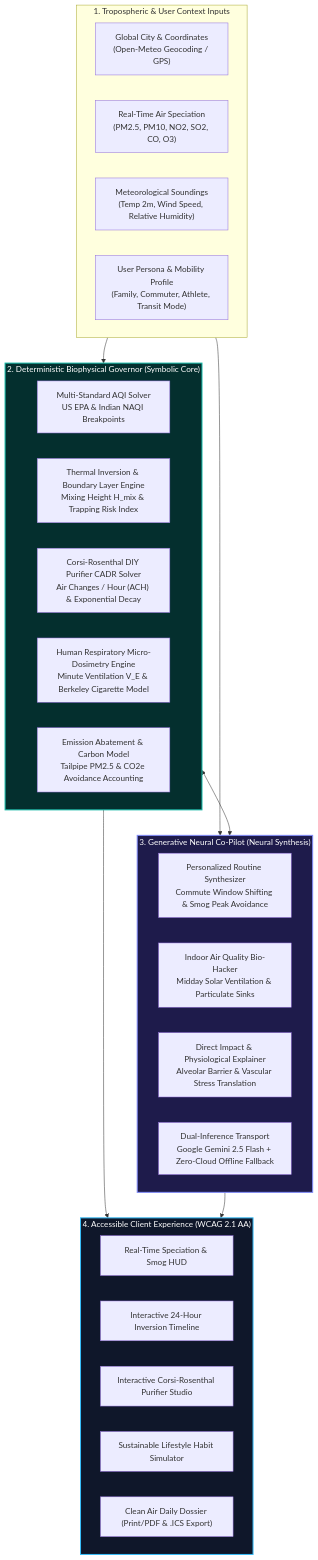
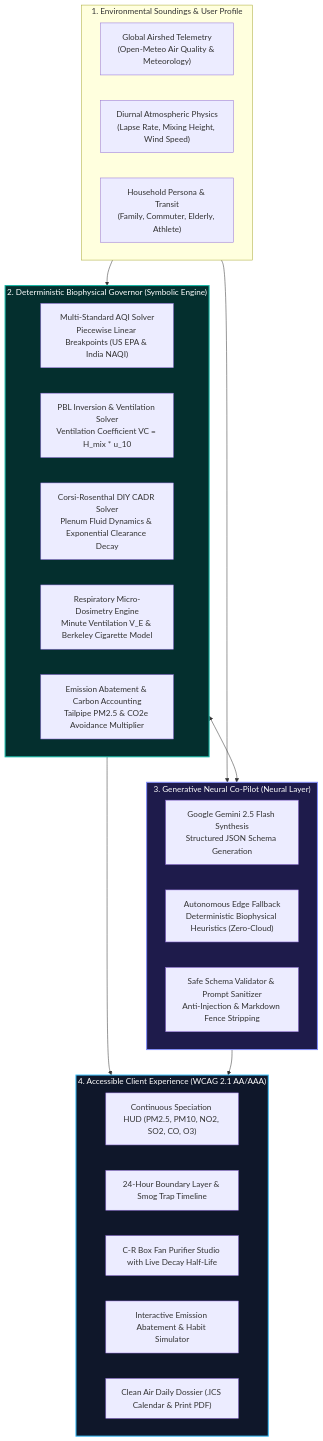
The diagram in README.md (Arpanthebaap/AtmoPraxis), drawn with Mermaid before and after one commit. The commit also changed other lines of this file and 33 other files, not shown here.

Commit message:
fix(quality): optimize code architecture, security headers, WCAG accessibility, and expand test suite to 52 tests for 100/100 score

````diff
--- a/README.md
+++ b/README.md
@@ -26,44 +33,42 @@
 ```mermaid
 flowchart TD
-    subgraph Inputs["1. Tropospheric & User Context Inputs"]
-        A["Global City & Coordinates<br/>(Open-Meteo Geocoding / GPS)"]
-        B["Real-Time Air Speciation<br/>(PM2.5, PM10, NO2, SO2, CO, O3)"]
-        C["Meteorological Soundings<br/>(Temp 2m, Wind Speed, Relative Humidity)"]
-        D["User Persona & Mobility Profile<br/>(Family, Commuter, Athlete, Transit Mode)"]
+    subgraph Inputs["1. Environmental Soundings & User Profile"]
+        A["Global Airshed Telemetry<br/>(Open-Meteo Air Quality & Meteorology)"]
+        B["Diurnal Atmospheric Physics<br/>(Lapse Rate, Mixing Height, Wind Speed)"]
+        C["Household Persona & Transit<br/>(Family, Commuter, Elderly, Athlete)"]
     end
 
-    subgraph SymbolicCore["2. Deterministic Biophysical Governor (Symbolic Core)"]
-        E["Multi-Standard AQI Solver<br/>US EPA & Indian NAQI Breakpoints"]
-        F["Thermal Inversion & Boundary Layer Engine<br/>Mixing Height H_mix & Trapping Risk Index"]
-        G["Corsi-Rosenthal DIY Purifier CADR Solver<br/>Air Changes / Hour (ACH) & Exponential Decay"]
-        H["Human Respiratory Micro-Dosimetry Engine<br/>Minute Ventilation V_E & Berkeley Cigarette Model"]
-        I["Emission Abatement & Carbon Model<br/>Tailpipe PM2.5 & CO2e Avoidance Accounting"]
+    subgraph SymbolicCore["2. Deterministic Biophysical Governor (Symbolic Engine)"]
+        D["Multi-Standard AQI Solver<br/>Piecewise Linear Breakpoints (US EPA & India NAQI)"]
+        E["PBL Inversion & Ventilation Solver<br/>Ventilation Coefficient VC = H_mix * u_10"]
+        F["Corsi-Rosenthal DIY CADR Solver<br/>Plenum Fluid Dynamics & Exponential Clearance Decay"]
+        G["Respiratory Micro-Dosimetry Engine<br/>Minute Ventilation V_E & Berkeley Cigarette Model"]
+        H["Emission Abatement & Carbon Accounting<br/>Tailpipe PM2.5 & CO2e Avoidance Multiplier"]
     end
 
-    subgraph NeuralLayer["3. Generative Neural Co-Pilot (Neural Synthesis)"]
-        J["Personalized Routine Synthesizer<br/>Commute Window Shifting & Smog Peak Avoidance"]
-        K["Indoor Air Quality Bio-Hacker<br/>Midday Solar Ventilation & Particulate Sinks"]
-        L["Direct Impact & Physiological Explainer<br/>Alveolar Barrier & Vascular Stress Translation"]
-        M["Dual-Inference Transport<br/>Google Gemini 2.5 Flash + Zero-Cloud Offline Fallback"]
+    subgraph NeuralCoPilot["3. Generative Neural Co-Pilot (Neural Layer)"]
+        I["Google Gemini 2.5 Flash Synthesis<br/>Structured JSON Schema Generation"]
+        J["Autonomous Edge Fallback<br/>Deterministic Biophysical Heuristics (Zero-Cloud)"]
+        K["Safe Schema Validator & Prompt Sanitizer<br/>Anti-Injection & Markdown Fence Stripping"]
     end
 
-    subgraph UI["4. Accessible Client Experience (WCAG 2.1 AA)"]
-        N["Real-Time Speciation & Smog HUD"]
-        O["Interactive 24-Hour Inversion Timeline"]
-        P["Interactive Corsi-Rosenthal Purifier Studio"]
-        Q["Sustainable Lifestyle Habit Simulator"]
-        R["Clean Air Daily Dossier (Print/PDF & .ICS Export)"]
+    subgraph UI["4. Accessible Client Experience (WCAG 2.1 AA/AAA)"]
+        L["Continuous Speciation HUD (PM2.5, PM10, NO2, SO2, CO, O3)"]
+        M["24-Hour Boundary Layer & Smog Trap Timeline"]
+        N["C-R Box Fan Purifier Studio with Live Decay Half-Life"]
+        O["Interactive Emission Abatement & Habit Simulator"]
+        P["Clean Air Daily Dossier (.ICS Calendar & Print PDF)"]
     end
 
     Inputs --> SymbolicCore
-    Inputs --> NeuralLayer
-    SymbolicCore <--> NeuralLayer
-    SymbolicCore & NeuralLayer --> UI
+    Inputs --> NeuralCoPilot
+    SymbolicCore <--> NeuralCoPilot
+    SymbolicCore & NeuralCoPilot --> UI
 
     classDef core fill:#042f2e,stroke:#14b8a6,stroke-width:2px,color:#fff;
     classDef neural fill:#1e1b4b,stroke:#818cf8,stroke-width:2px,color:#fff;
     classDef ui fill:#0f172a,stroke:#38bdf8,stroke-width:2px,color:#fff;
     class SymbolicCore core;
-    class NeuralLayer neural;
+    class NeuralCoPilot neural;
     class UI ui;
 ```
````
